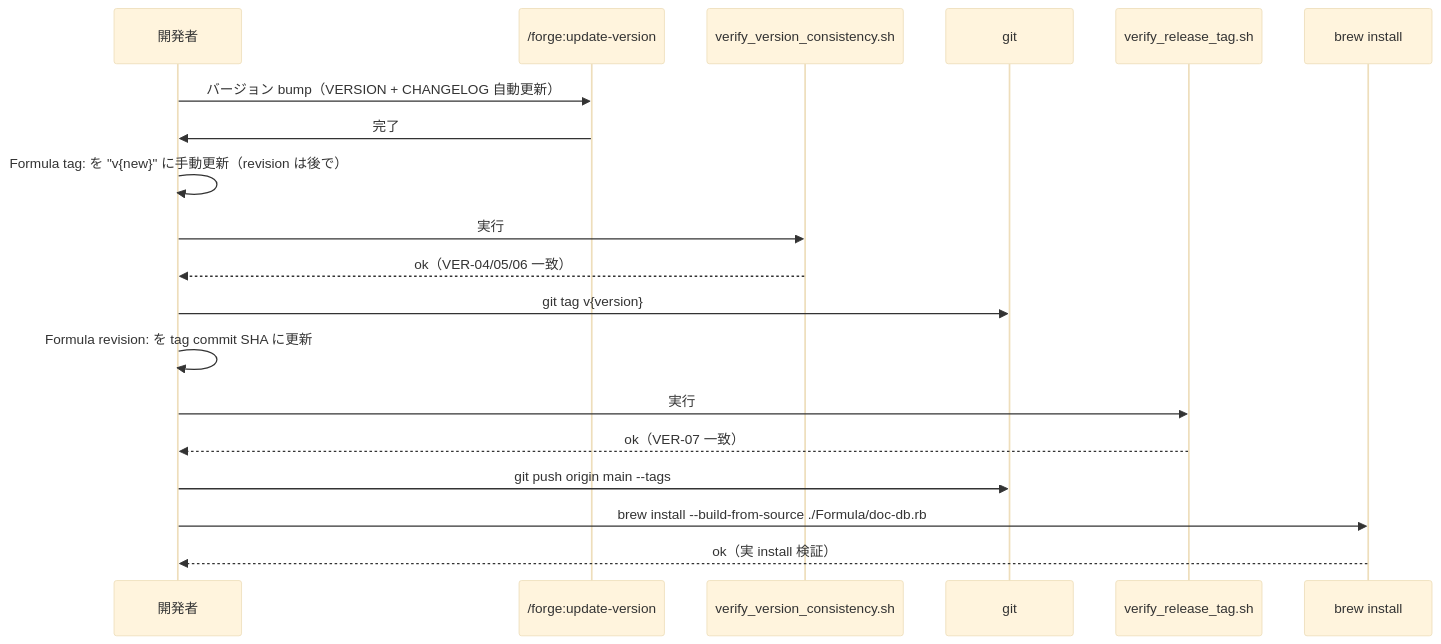
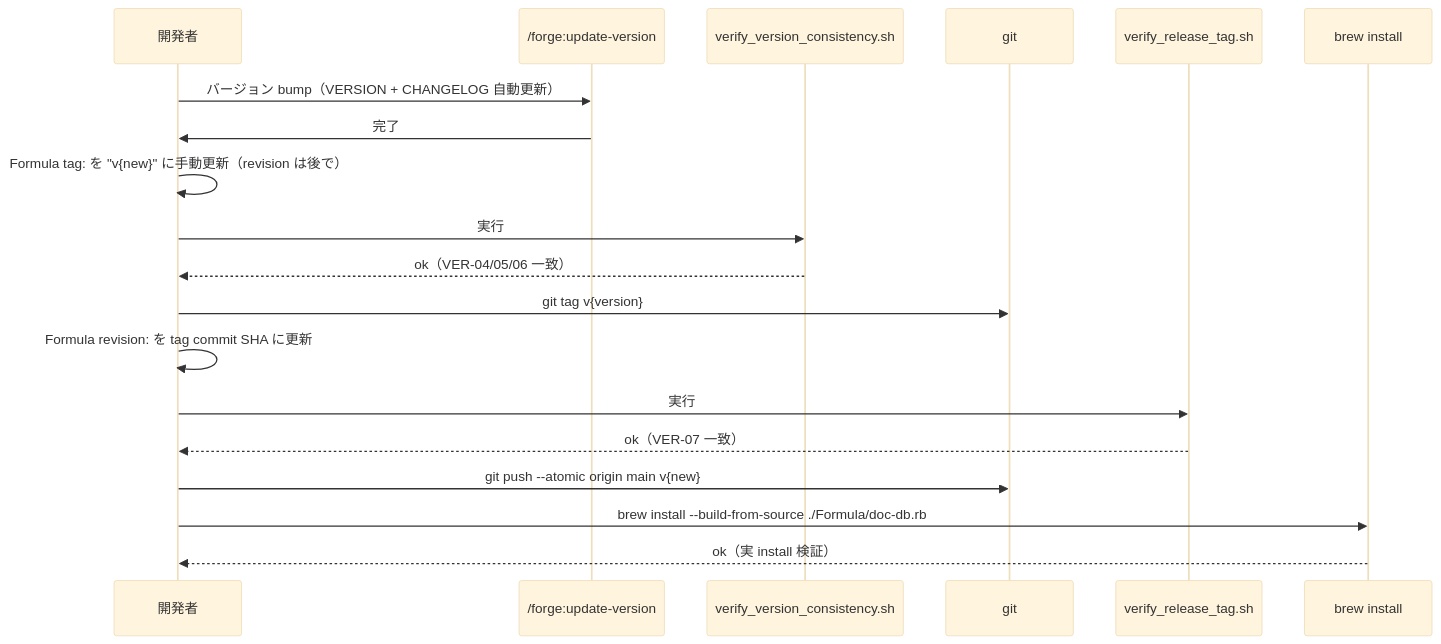
The second of 2 diagrams in docs/specs/install/design/DES-002_install_design.md (BlueEventHorizon/doc-db-mcp-server), drawn with Mermaid (base theme) before and after one commit. The commit also changed other lines of this file and 24 other files, not shown here.

````diff
--- a/docs/specs/install/design/DES-002_install_design.md
+++ b/docs/specs/install/design/DES-002_install_design.md
@@ -285,22 +291,22 @@
 ```mermaid
 sequenceDiagram
     participant Dev as 開発者
     participant Bump as /forge:update-version
     participant VC as verify_version_consistency.sh
     participant Git as git
     participant VR as verify_release_tag.sh
     participant Brew as brew install
 
     Dev->>Bump: バージョン bump（VERSION + CHANGELOG 自動更新）
     Bump->>Dev: 完了
     Dev->>Dev: Formula tag: を "v{new}" に手動更新（revision は後で）
     Dev->>VC: 実行
     VC-->>Dev: ok（VER-04/05/06 一致）
     Dev->>Git: git tag v{version}
     Dev->>Dev: Formula revision: を tag commit SHA に更新
     Dev->>VR: 実行
     VR-->>Dev: ok（VER-07 一致）
-    Dev->>Git: git push origin main --tags
+    Dev->>Git: git push --atomic origin main v{new}
     Dev->>Brew: brew install --build-from-source ./Formula/doc-db.rb
     Brew-->>Dev: ok（実 install 検証）
 ```
````
